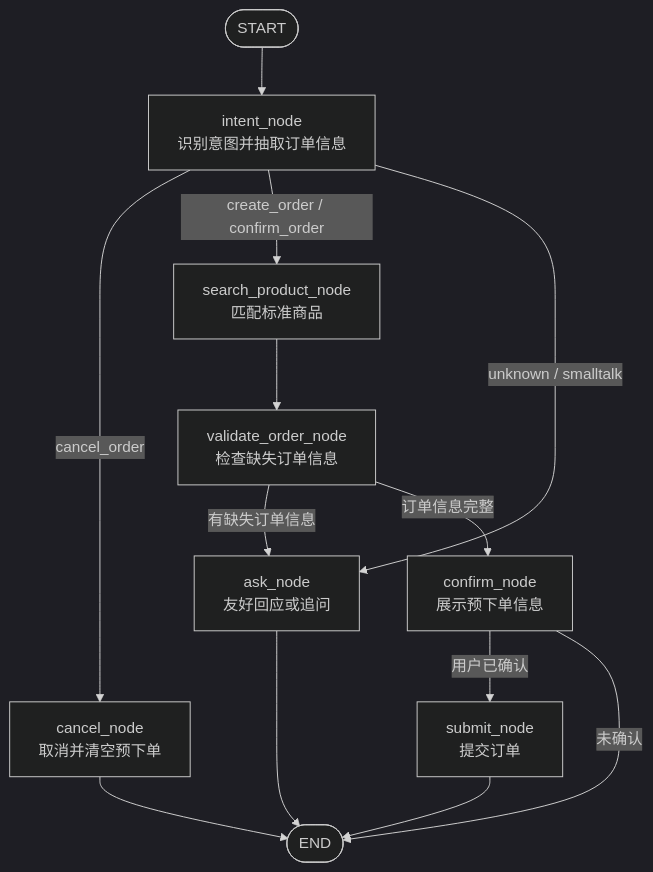
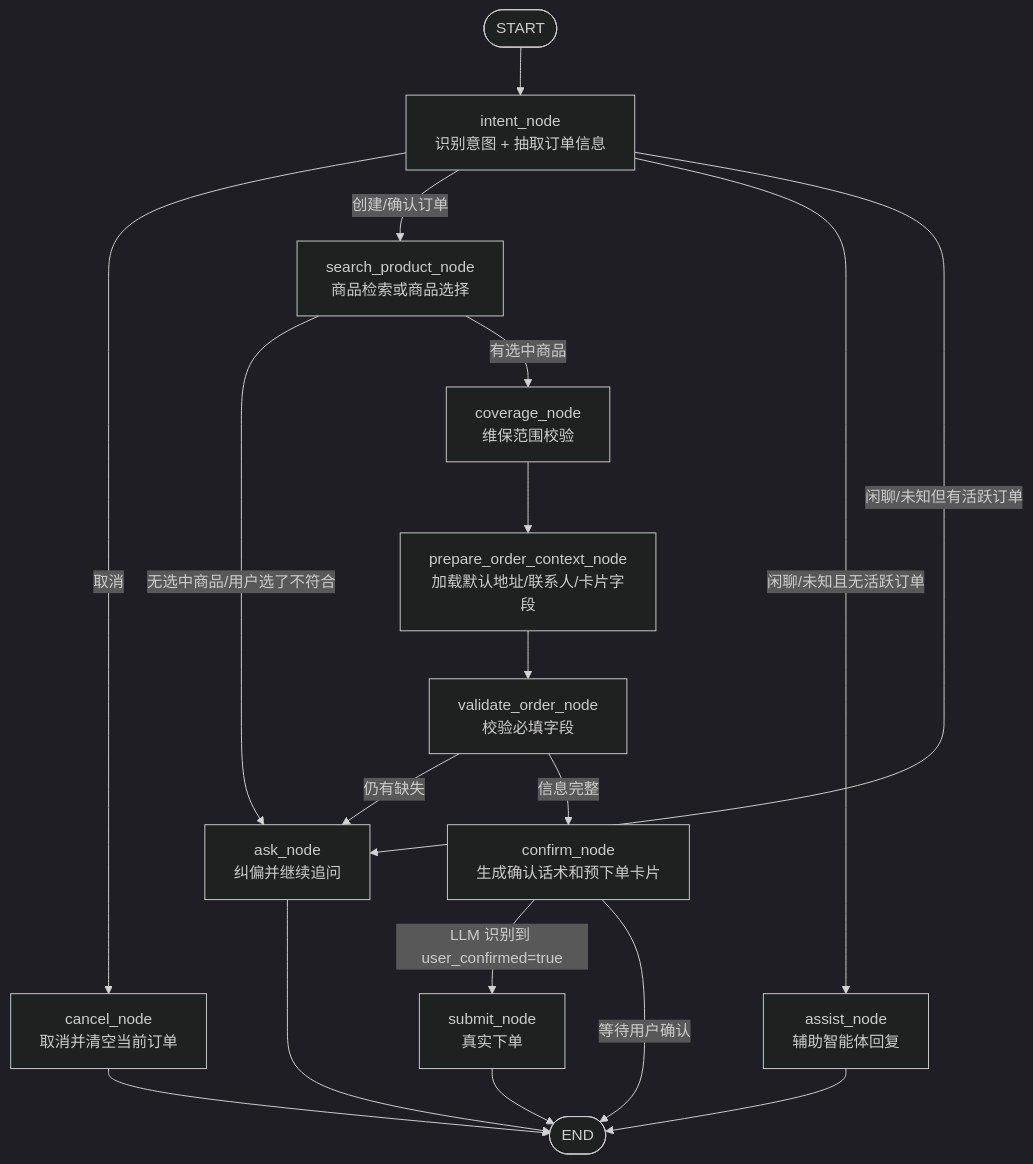
Before and after one commit to chengzongxin/hotel-ai-order-cursor: the diagram in README.md, drawn with Mermaid (dark theme). The commit also changed other lines of this file, not shown here.

````diff
--- a/README.md
+++ b/README.md
@@ -46,20 +77,26 @@
 ```mermaid
 flowchart TD
-    START([START]) --> intent_node[intent_node<br/>识别意图并抽取订单信息]
+    START([START]) --> intent_node[intent_node<br/>识别意图 + 抽取订单信息]
 
-    intent_node -->|cancel_order| cancel_node[cancel_node<br/>取消并清空预下单]
-    intent_node -->|create_order / confirm_order| search_product_node[search_product_node<br/>匹配标准商品]
-    intent_node -->|unknown / smalltalk| ask_node[ask_node<br/>友好回应或追问]
+    intent_node -->|取消| cancel_node[cancel_node<br/>取消并清空当前订单]
+    intent_node -->|创建/确认订单| search_product_node[search_product_node<br/>商品检索或商品选择]
+    intent_node -->|闲聊/未知且无活跃订单| assist_node[assist_node<br/>辅助智能体回复]
+    intent_node -->|闲聊/未知但有活跃订单| ask_node[ask_node<br/>纠偏并继续追问]
 
-    search_product_node --> validate_order_node[validate_order_node<br/>检查缺失订单信息]
+    search_product_node -->|无选中商品/用户选了不符合| ask_node
+    search_product_node -->|有选中商品| coverage_node[coverage_node<br/>维保范围校验]
 
-    validate_order_node -->|有缺失订单信息| ask_node
-    validate_order_node -->|订单信息完整| confirm_node[confirm_node<br/>展示预下单信息]
+    coverage_node --> prepare_order_context_node[prepare_order_context_node<br/>加载默认地址/联系人/卡片字段]
+    prepare_order_context_node --> validate_order_node[validate_order_node<br/>校验必填字段]
 
-    confirm_node -->|用户已确认| submit_node[submit_node<br/>提交订单]
-    confirm_node -->|未确认| END([END])
+    validate_order_node -->|仍有缺失| ask_node
+    validate_order_node -->|信息完整| confirm_node[confirm_node<br/>生成确认话术和预下单卡片]
+
+    confirm_node -->|LLM 识别到 user_confirmed=true| submit_node[submit_node<br/>真实下单]
+    confirm_node -->|等待用户确认| END([END])
 
     ask_node --> END
+    assist_node --> END
     cancel_node --> END
     submit_node --> END
 ```
````
